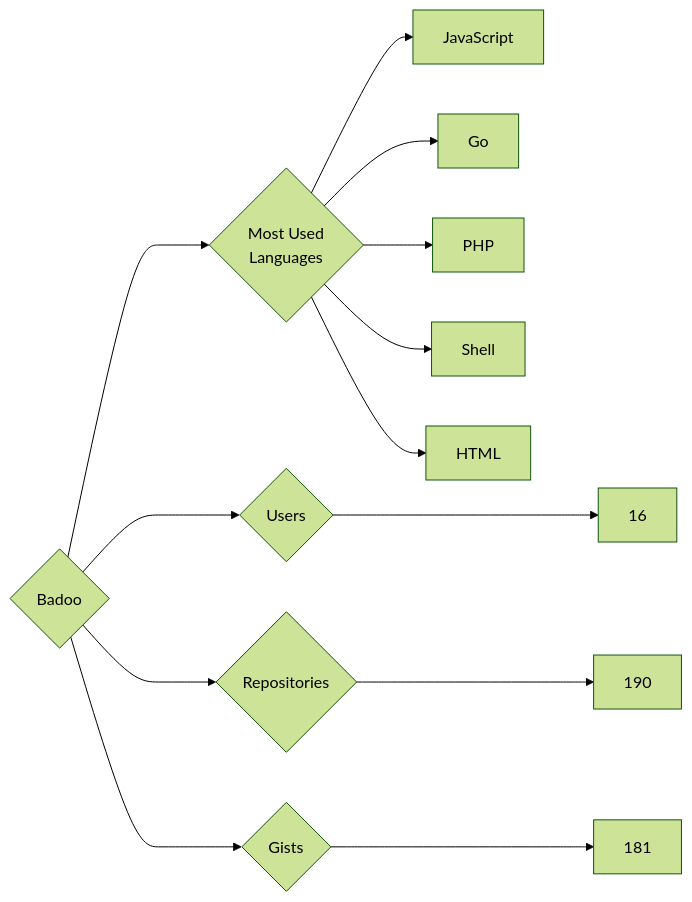
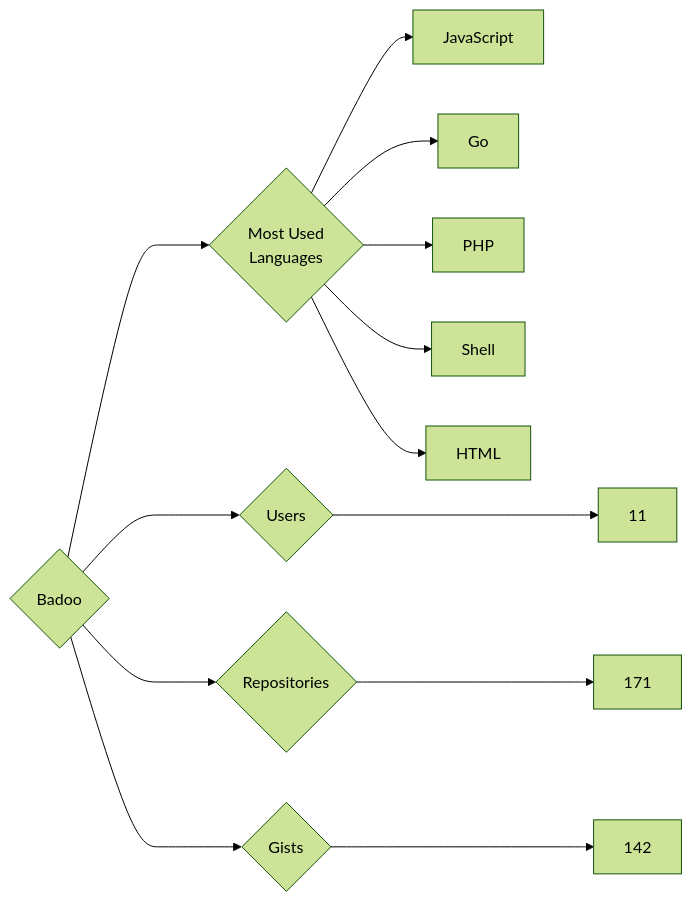
Before and after one commit to trickest/insiders: the diagram in targets/Badoo/README.md, drawn with Mermaid (forest theme). The commit also changed 814 other files, not shown here.

````diff
--- a/targets/Badoo/README.md
+++ b/targets/Badoo/README.md
@@ -3,13 +3,13 @@
 ```mermaid
 graph LR
 COMPANY_NAME{Badoo}
-COMPANY_NAME ---> U{Users} ---> UN[16]
-COMPANY_NAME ---> R{Repositories} ---> RN[190]
-COMPANY_NAME ---> G{Gists} ---> GN[181]
+COMPANY_NAME ---> U{Users} ---> UN[11]
+COMPANY_NAME ---> R{Repositories} ---> RN[171]
+COMPANY_NAME ---> G{Gists} ---> GN[142]
 COMPANY_NAME ---> ML{Most Used<br>Languages}
 ML --> JavaScript[JavaScript]
 ML --> Go[Go]
 ML --> PHP[PHP]
 ML --> Shell[Shell]
 ML --> HTML[HTML]
 ```
````
